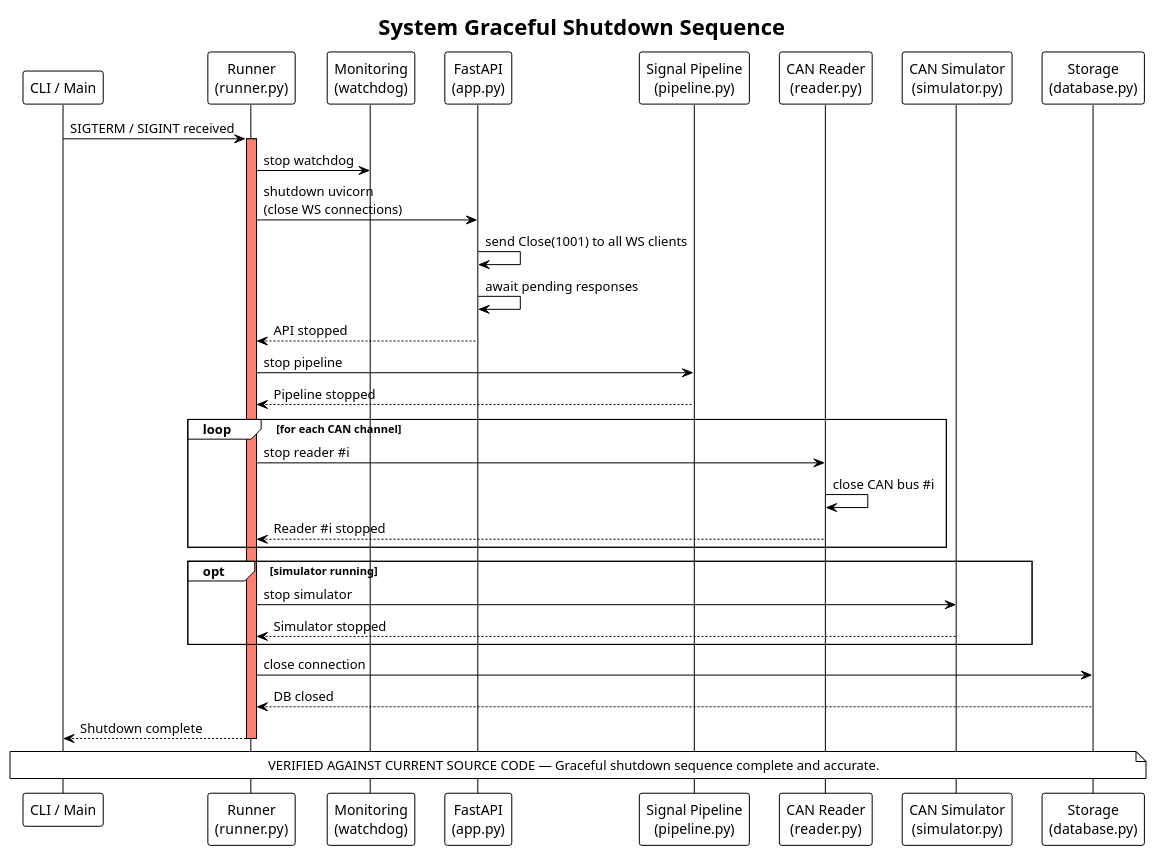
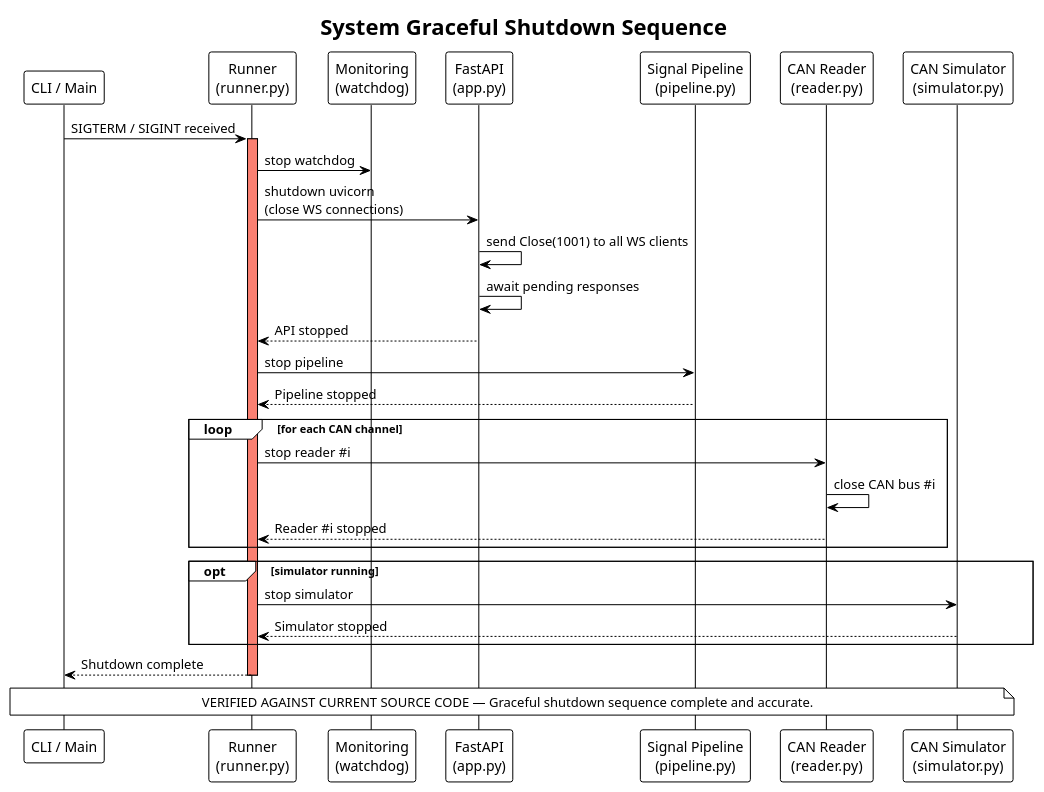
Before and after one commit to 3tdn/car-hmi: the diagram in diagram/SDD/SDD_sequence_boot_shutdown.puml, drawn with PlantUML. The commit also changed 75 other files, not shown here.

```diff
--- a/diagram/SDD/SDD_sequence_boot_shutdown.puml
+++ b/diagram/SDD/SDD_sequence_boot_shutdown.puml
@@ -1,47 +1,43 @@
 @startuml
 !theme plain
 title System Graceful Shutdown Sequence
 
 participant "CLI / Main" as cli
 participant "Runner\n(runner.py)" as runner
 participant "Monitoring\n(watchdog)" as mon
 participant "FastAPI\n(app.py)" as api
 participant "Signal Pipeline\n(pipeline.py)" as pipe
 participant "CAN Reader\n(reader.py)" as reader
 participant "CAN Simulator\n(simulator.py)" as sim
-participant "Storage\n(database.py)" as db
 
 cli -> runner : SIGTERM / SIGINT received
 activate runner #salmon
 
 runner -> mon : stop watchdog
 runner -> api : shutdown uvicorn\n(close WS connections)
 api -> api : send Close(1001) to all WS clients
 api -> api : await pending responses
 api --> runner : API stopped
 
 runner -> pipe : stop pipeline
 pipe --> runner : Pipeline stopped
 
 loop for each CAN channel
     runner -> reader : stop reader #i
     reader -> reader : close CAN bus #i
     reader --> runner : Reader #i stopped
 end
 
 opt simulator running
     runner -> sim : stop simulator
     sim --> runner : Simulator stopped
 end
 
-runner -> db : close connection
-db --> runner : DB closed
-
 runner --> cli : Shutdown complete
 deactivate runner
 
-note over cli, db
+note over cli, sim
   VERIFIED AGAINST CURRENT SOURCE CODE — Graceful shutdown sequence complete and accurate.
 end note
 
 @enduml
```
